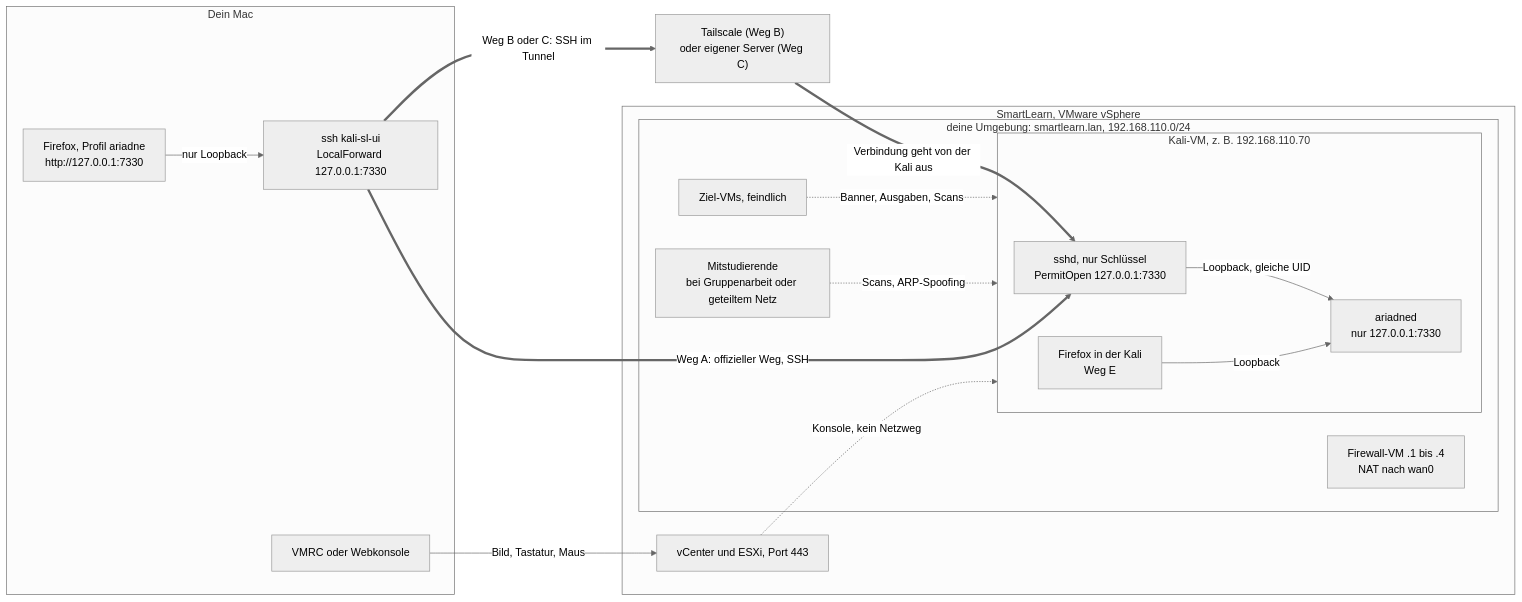
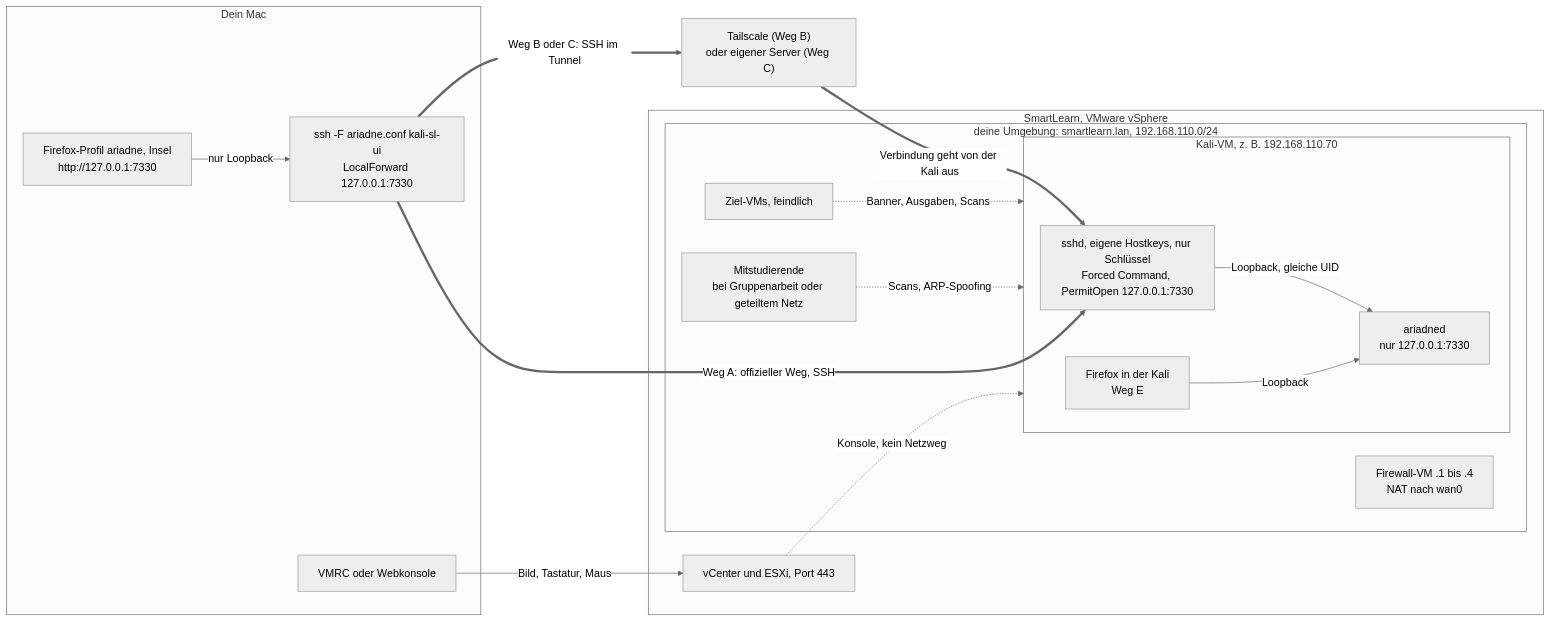
Before and after one commit to schwendolin/ariadne: the first of 2 diagrams in docs/konzept-fernzugriff.md, drawn with Mermaid (neutral theme). The commit also changed other lines of this file, not shown here.

````diff
--- a/docs/konzept-fernzugriff.md
+++ b/docs/konzept-fernzugriff.md
@@ -26,32 +37,32 @@
 ```mermaid
 flowchart LR
   subgraph MAC["Dein Mac"]
-    BR["Firefox, Profil ariadne<br/>http://127.0.0.1:7330"]
-    SC["ssh kali-sl-ui<br/>LocalForward 127.0.0.1:7330"]
+    BR["Firefox-Profil ariadne, Insel<br/>http://127.0.0.1:7330"]
+    SC["ssh -F ariadne.conf kali-sl-ui<br/>LocalForward 127.0.0.1:7330"]
     VC["VMRC oder Webkonsole"]
     BR -->|"nur Loopback"| SC
   end
   subgraph SL["SmartLearn, VMware vSphere"]
     ESX["vCenter und ESXi, Port 443"]
     subgraph LAN["deine Umgebung: smartlearn.lan, 192.168.110.0/24"]
       FW["Firewall-VM .1 bis .4<br/>NAT nach wan0"]
       subgraph KALI["Kali-VM, z. B. 192.168.110.70"]
-        SSHD["sshd, nur Schlüssel<br/>PermitOpen 127.0.0.1:7330"]
+        SSHD["sshd, eigene Hostkeys, nur Schlüssel<br/>Forced Command, PermitOpen 127.0.0.1:7330"]
         AD["ariadned<br/>nur 127.0.0.1:7330"]
         FFK["Firefox in der Kali<br/>Weg E"]
         SSHD -->|"Loopback, gleiche UID"| AD
         FFK -->|"Loopback"| AD
       end
       ZV["Ziel-VMs, feindlich"]
       MS["Mitstudierende<br/>bei Gruppenarbeit oder geteiltem Netz"]
     end
   end
   TN["Tailscale (Weg B)<br/>oder eigener Server (Weg C)"]
   VC -->|"Bild, Tastatur, Maus"| ESX
   ESX -.->|"Konsole, kein Netzweg"| KALI
   SC ==>|"Weg A: offizieller Weg, SSH"| SSHD
   SC ==>|"Weg B oder C: SSH im Tunnel"| TN
   TN ==>|"Verbindung geht von der Kali aus"| SSHD
   ZV -.->|"Banner, Ausgaben, Scans"| KALI
   MS -.->|"Scans, ARP-Spoofing"| KALI
 ```
````
